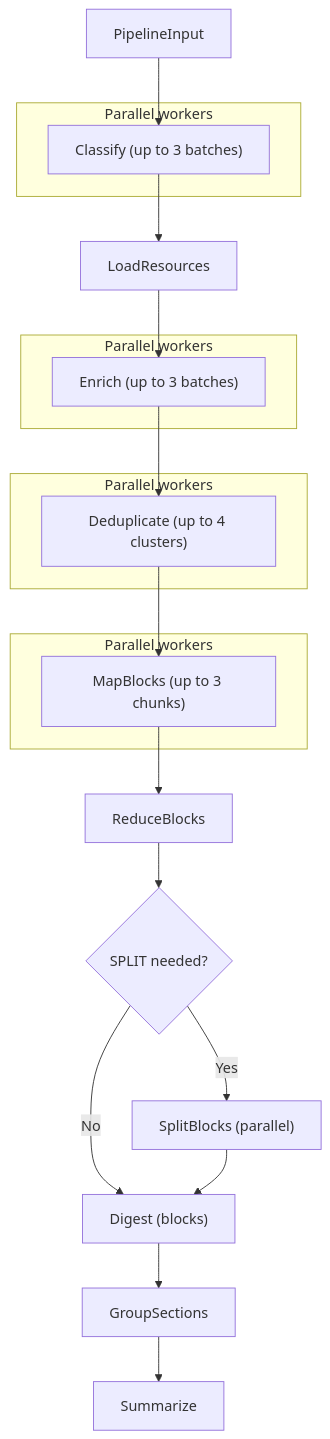
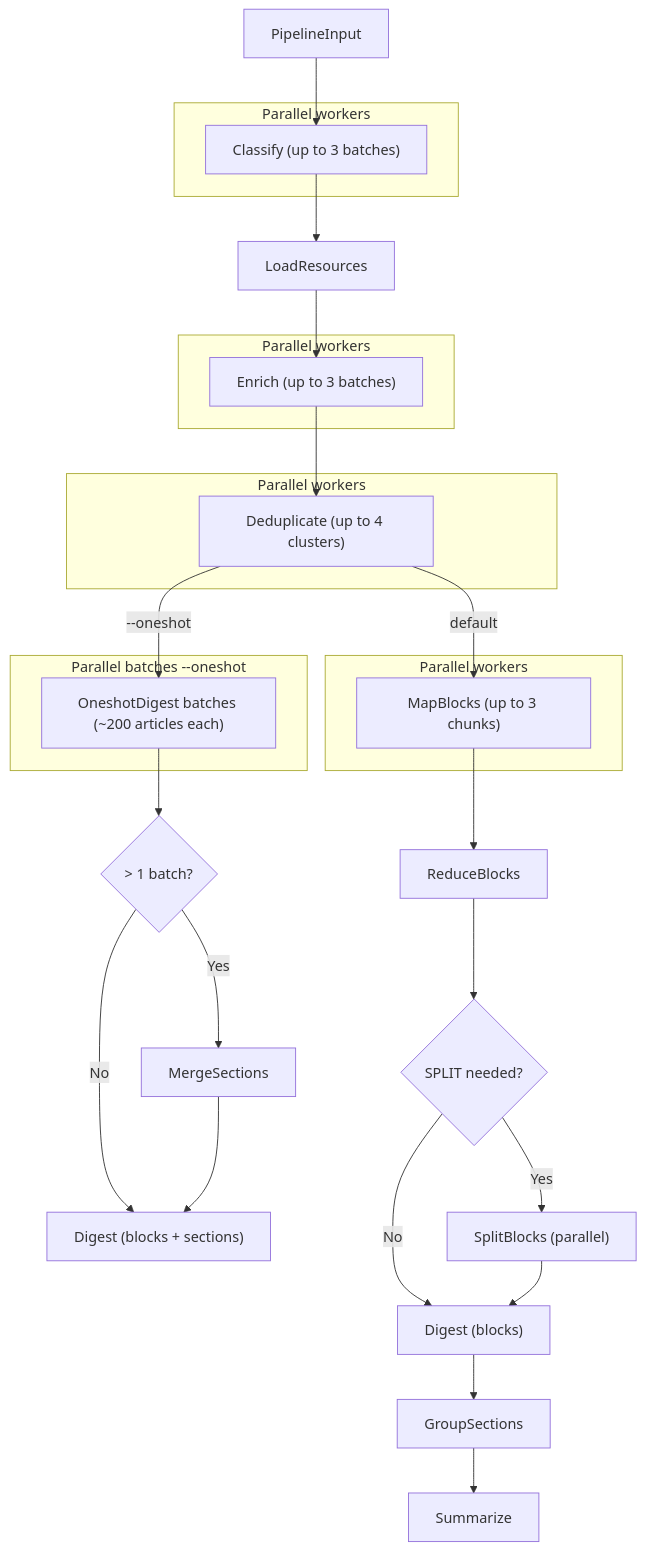
Before and after one commit to andgineer/news-recap: the diagram in spec/pipeline.md, drawn with Mermaid. The commit also changed other lines of this file and 2 other files, not shown here.

````diff
--- a/spec/pipeline.md
+++ b/spec/pipeline.md
@@ -9,28 +9,36 @@
 ```mermaid
 flowchart TD
     subgraph parallel1 [Parallel workers]
         classifyW["Classify (up to 3 batches)"]
     end
     subgraph parallel2 [Parallel workers]
         enrichW["Enrich (up to 3 batches)"]
     end
     subgraph parallel3 [Parallel workers]
         dedupW["Deduplicate (up to 4 clusters)"]
     end
     subgraph parallel4 [Parallel workers]
         mapW["MapBlocks (up to 3 chunks)"]
     end
+    subgraph oneshotBatches [Parallel batches --oneshot]
+        oneshotW["OneshotDigest batches (~200 articles each)"]
+    end
 
     inp[PipelineInput] --> classifyW
     classifyW --> loadRes[LoadResources]
     loadRes --> enrichW
     enrichW --> dedupW
-    dedupW --> mapW
+    dedupW -->|default| mapW
+    dedupW -->|--oneshot| oneshotW
+    oneshotW --> merge{"> 1 batch?"}
+    merge -->|Yes| mergeSec[MergeSections]
+    merge -->|No| done["Digest (blocks + sections)"]
+    mergeSec --> done
     mapW --> reduce[ReduceBlocks]
     reduce --> split{SPLIT needed?}
     split -->|No| digest["Digest (blocks)"]
     split -->|Yes| splitW["SplitBlocks (parallel)"]
     splitW --> digest
     digest --> groupSec[GroupSections]
     groupSec --> summarize[Summarize]
 ```
````
